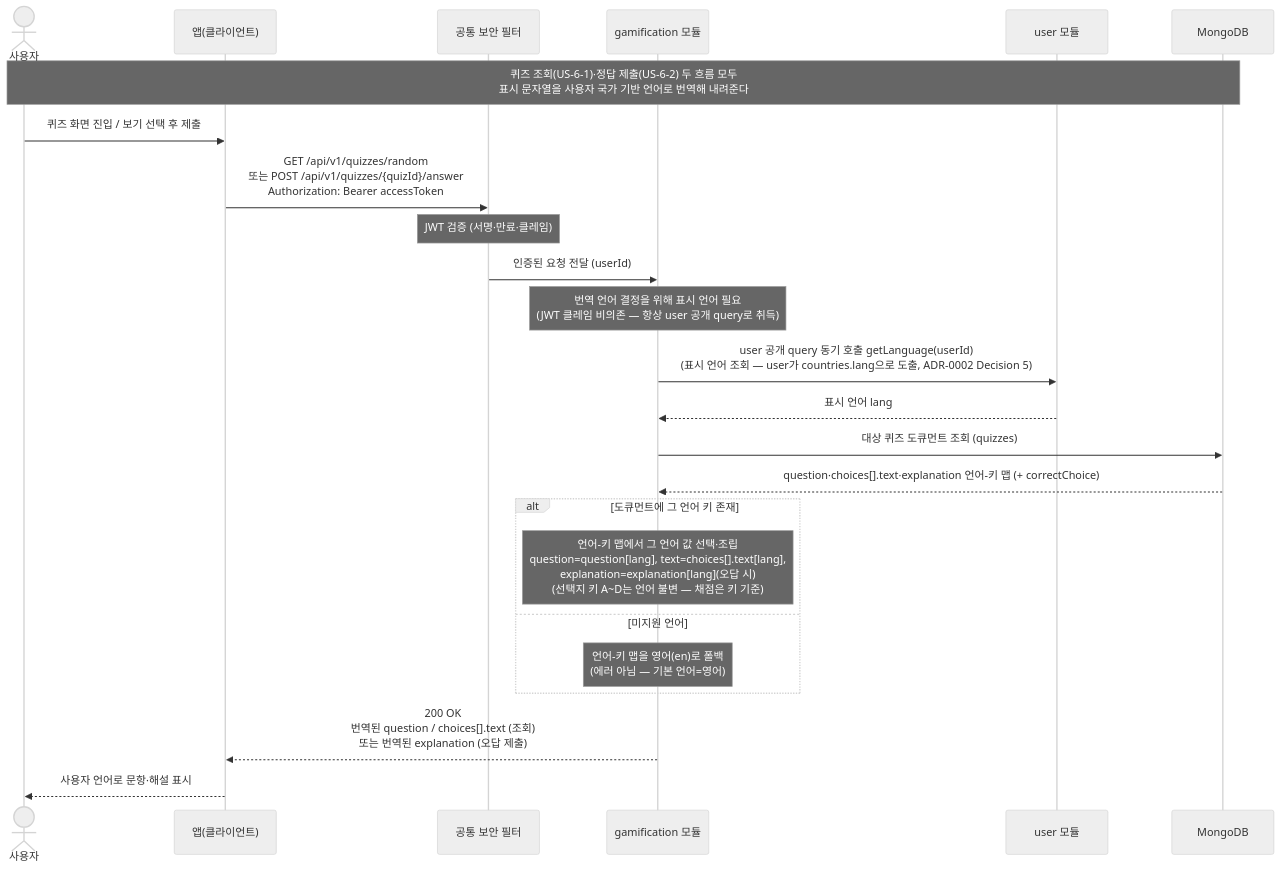
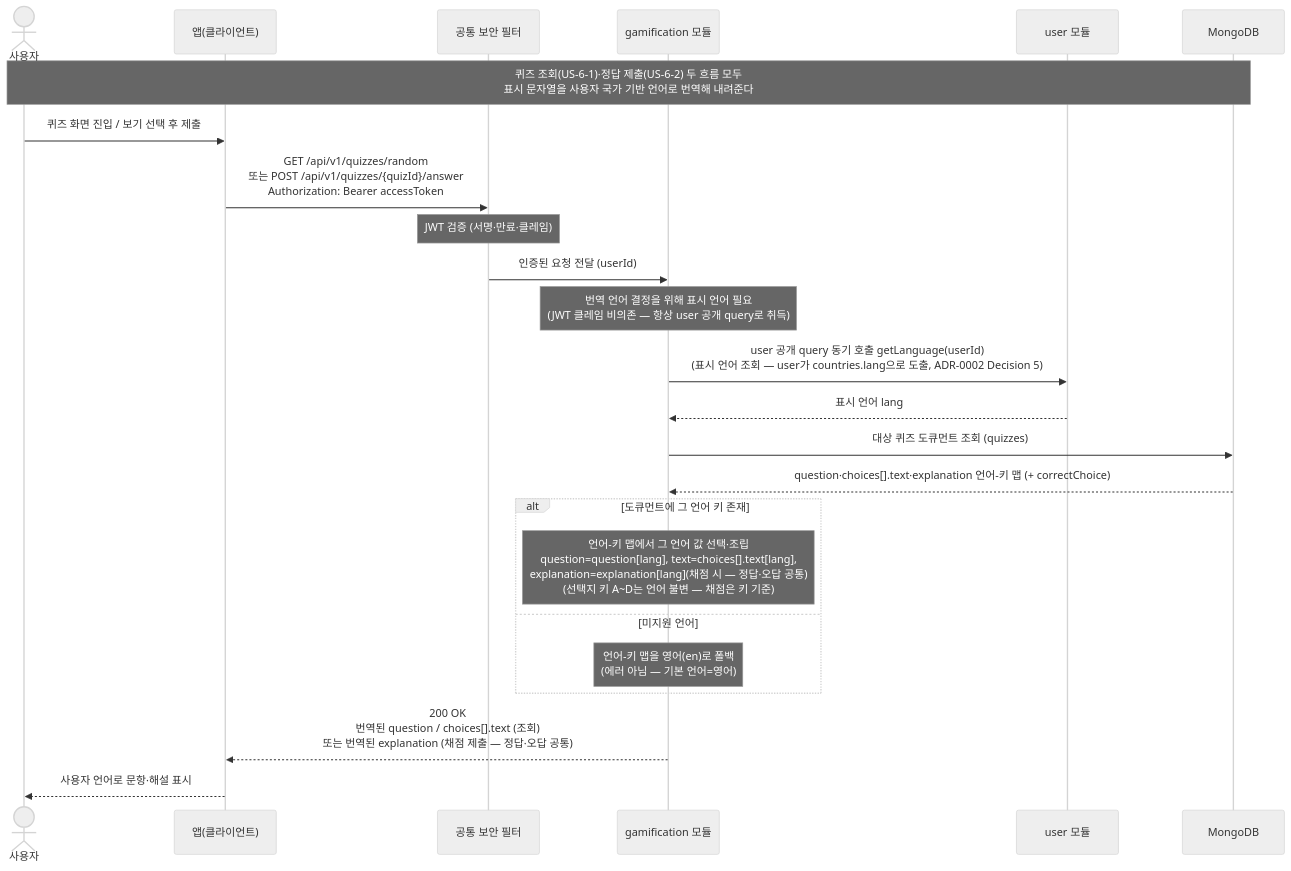
Before and after one commit to jameskim9509/Kohere-backend: the diagram in docs/architecture/sequence-diagrams/06-gamification/us-6-3-quiz-i18n.md, drawn with Mermaid (neutral theme). The commit also changed other lines of this file and 8 other files, not shown here.

````diff
--- a/docs/architecture/sequence-diagrams/06-gamification/us-6-3-quiz-i18n.md
+++ b/docs/architecture/sequence-diagrams/06-gamification/us-6-3-quiz-i18n.md
@@ -5,29 +5,29 @@
 ```mermaid
 sequenceDiagram
     actor U as 사용자
     participant C as 앱(클라이언트)
     participant SEC as 공통 보안 필터
     participant GAME as gamification 모듈
     participant USER as user 모듈
     participant DB as MongoDB
 
     Note over U,DB: 퀴즈 조회(US-6-1)·정답 제출(US-6-2) 두 흐름 모두<br/>표시 문자열을 사용자 국가 기반 언어로 번역해 내려준다
 
     U->>C: 퀴즈 화면 진입 / 보기 선택 후 제출
     C->>SEC: GET /api/v1/quizzes/random<br/>또는 POST /api/v1/quizzes/{quizId}/answer<br/>Authorization: Bearer accessToken
     Note over SEC: JWT 검증 (서명·만료·클레임)
     SEC->>GAME: 인증된 요청 전달 (userId)
     Note over GAME: 번역 언어 결정을 위해 표시 언어 필요<br/>(JWT 클레임 비의존 — 항상 user 공개 query로 취득)
     GAME->>USER: user 공개 query 동기 호출 getLanguage(userId)<br/>(표시 언어 조회 — user가 countries.lang으로 도출, ADR-0002 Decision 5)
     USER-->>GAME: 표시 언어 lang
     GAME->>DB: 대상 퀴즈 도큐먼트 조회 (quizzes)
     DB-->>GAME: question·choices[].text·explanation 언어-키 맵 (+ correctChoice)
 
     alt 도큐먼트에 그 언어 키 존재
-        Note over GAME: 언어-키 맵에서 그 언어 값 선택·조립<br/>question=question[lang], text=choices[].text[lang],<br/>explanation=explanation[lang](오답 시)<br/>(선택지 키 A~D는 언어 불변 — 채점은 키 기준)
+        Note over GAME: 언어-키 맵에서 그 언어 값 선택·조립<br/>question=question[lang], text=choices[].text[lang],<br/>explanation=explanation[lang](채점 시 — 정답·오답 공통)<br/>(선택지 키 A~D는 언어 불변 — 채점은 키 기준)
     else 미지원 언어
         Note over GAME: 언어-키 맵을 영어(en)로 폴백<br/>(에러 아님 — 기본 언어=영어)
     end
-    GAME-->>C: 200 OK<br/>번역된 question / choices[].text (조회)<br/>또는 번역된 explanation (오답 제출)
+    GAME-->>C: 200 OK<br/>번역된 question / choices[].text (조회)<br/>또는 번역된 explanation (채점 제출 — 정답·오답 공통)
     C-->>U: 사용자 언어로 문항·해설 표시
 ```
````
